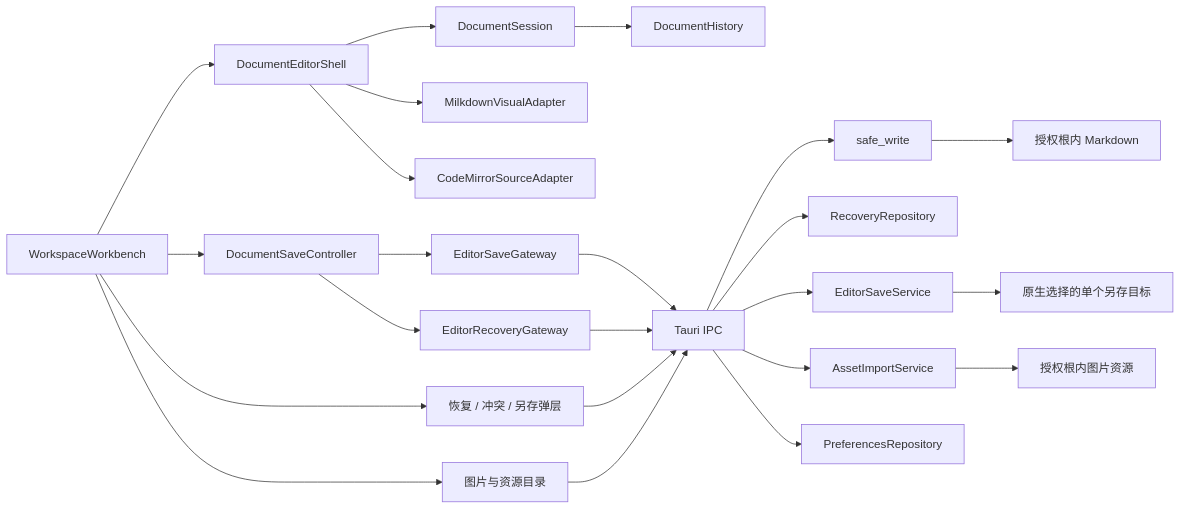
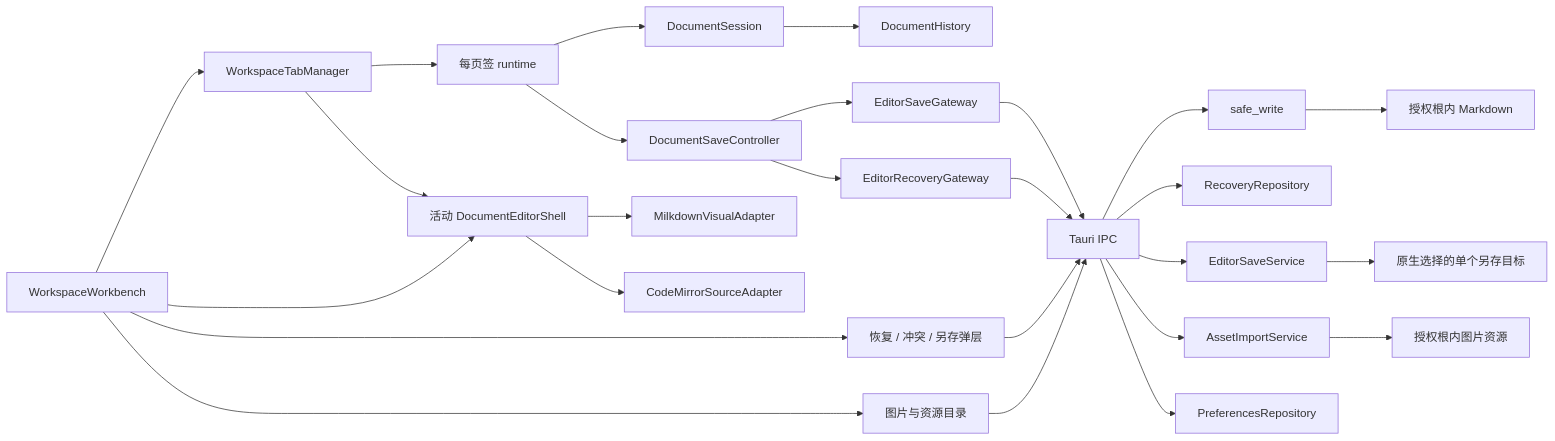
The diagram in agent-works/markdown-editor-desktop/architecture/markdown-document-editing.md (fulin-peng-ydxs/ai-markdown), drawn with Mermaid before and after one commit. The commit also changed other lines of this file and 23 other files, not shown here.

````diff
--- a/agent-works/markdown-editor-desktop/architecture/markdown-document-editing.md
+++ b/agent-works/markdown-editor-desktop/architecture/markdown-document-editing.md
@@ -11,25 +11,28 @@
 ```mermaid
 flowchart LR
-    P1["WorkspaceWorkbench"] --> ES["DocumentEditorShell"]
-    ES --> DS["DocumentSession"]
+    P1["WorkspaceWorkbench"] --> TM["WorkspaceTabManager"]
+    TM --> RT["每页签 runtime"]
+    RT --> DS["DocumentSession"]
+    RT --> SC["DocumentSaveController"]
+    P1 --> ES["活动 DocumentEditorShell"]
+    TM --> ES
     ES --> VA["MilkdownVisualAdapter"]
     ES --> SA["CodeMirrorSourceAdapter"]
     DS --> HC["DocumentHistory"]
-    P1 --> SC["DocumentSaveController"]
     SC --> SG["EditorSaveGateway"]
     SC --> RG["EditorRecoveryGateway"]
     P1 --> RC["恢复 / 冲突 / 另存弹层"]
     P1 --> AC["图片与资源目录"]
     SG --> IPC["Tauri IPC"]
     RG --> IPC
     RC --> IPC
     AC --> IPC
     IPC --> SW["safe_write"]
     IPC --> RR["RecoveryRepository"]
     IPC --> EC["EditorSaveService"]
     IPC --> AR["AssetImportService"]
     IPC --> PR["PreferencesRepository"]
     SW --> MD["授权根内 Markdown"]
     EC --> COPY["原生选择的单个另存目标"]
     AR --> IMG["授权根内图片资源"]
 ```
````
